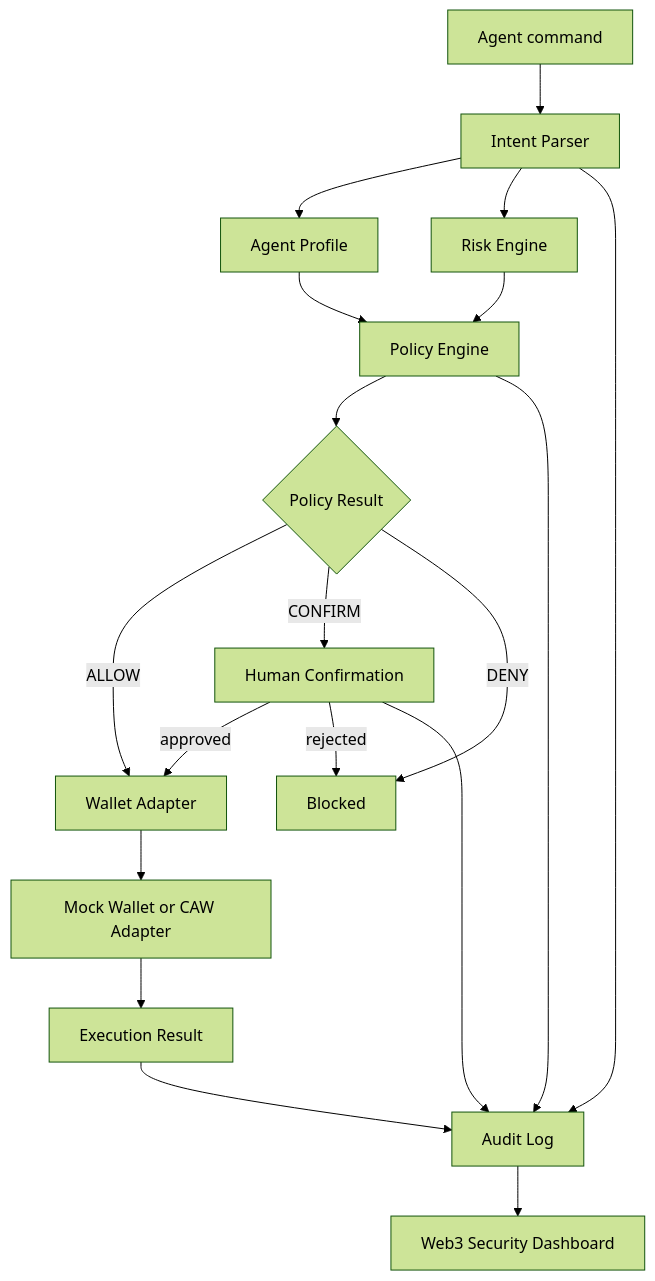
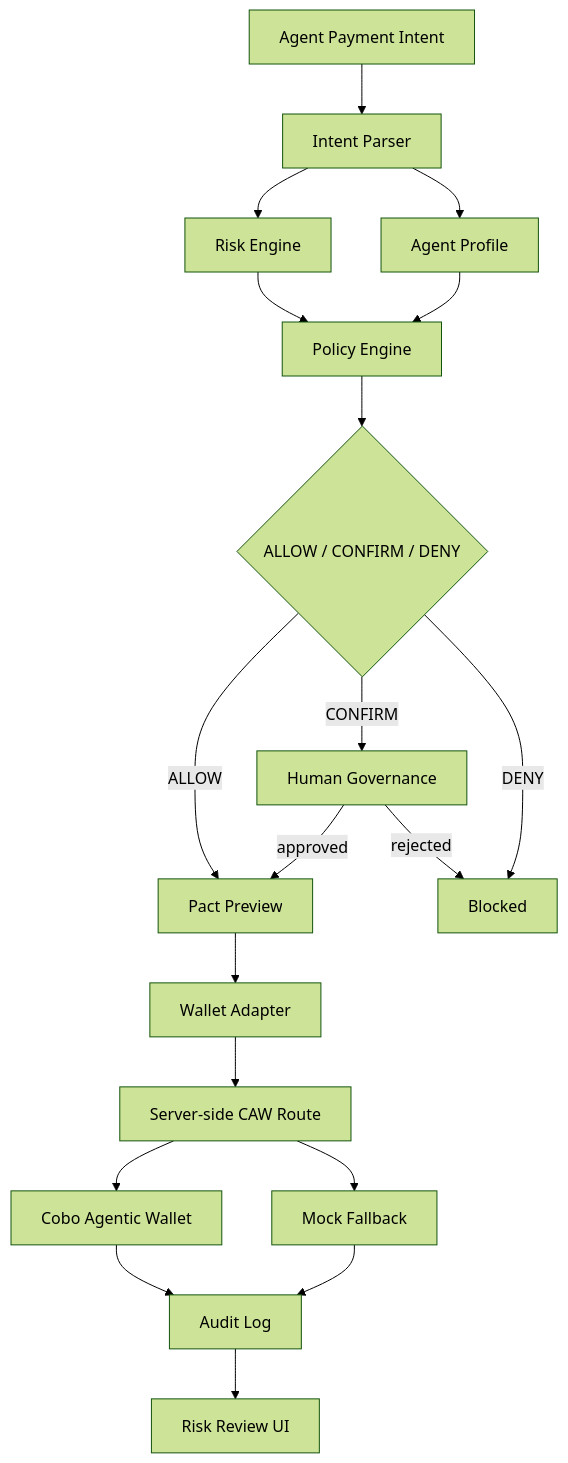
The diagram in README.md (tz-hao/guardian-agent-wallet), drawn with Mermaid (forest theme) before and after one commit. The commit also changed other lines of this file and 50 other files, not shown here.

Commit message:
Prepare Guardian Agent Wallet MVP

````diff
--- a/README.md
+++ b/README.md
@@ -69,21 +60,21 @@
 ```mermaid
 flowchart TD
-  A["Agent command"] --> B["Intent Parser"]
-  B --> C["Agent Profile"]
-  B --> D["Risk Engine"]
+  A["Agent Payment Intent"] --> B["Intent Parser"]
+  B --> C["Risk Engine"]
+  B --> D["Agent Profile"]
   C --> E["Policy Engine"]
   D --> E
-  E --> F{"Policy Result"}
-  F -->|"ALLOW"| G["Wallet Adapter"]
-  F -->|"CONFIRM"| H["Human Confirmation"]
+  E --> F{"ALLOW / CONFIRM / DENY"}
+  F -->|"ALLOW"| G["Pact Preview"]
+  F -->|"CONFIRM"| H["Human Governance"]
   F -->|"DENY"| I["Blocked"]
   H -->|"approved"| G
   H -->|"rejected"| I
-  G --> J["Mock Wallet or CAW Adapter"]
-  J --> K["Execution Result"]
-  B --> L["Audit Log"]
-  E --> L
-  H --> L
-  K --> L
-  L --> M["Web3 Security Dashboard"]
+  G --> J["Wallet Adapter"]
+  J --> K["Server-side CAW Route"]
+  K --> L["Cobo Agentic Wallet"]
+  K --> M["Mock Fallback"]
+  L --> N["Audit Log"]
+  M --> N
+  N --> O["Risk Review UI"]
 ```
````
